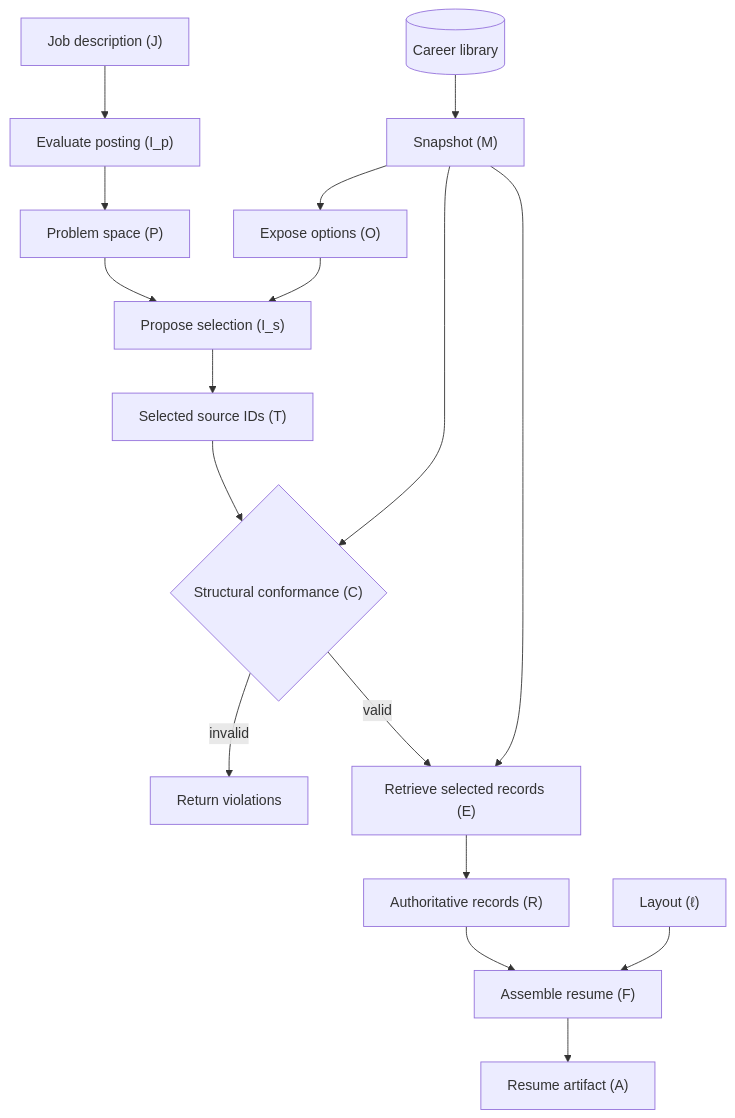
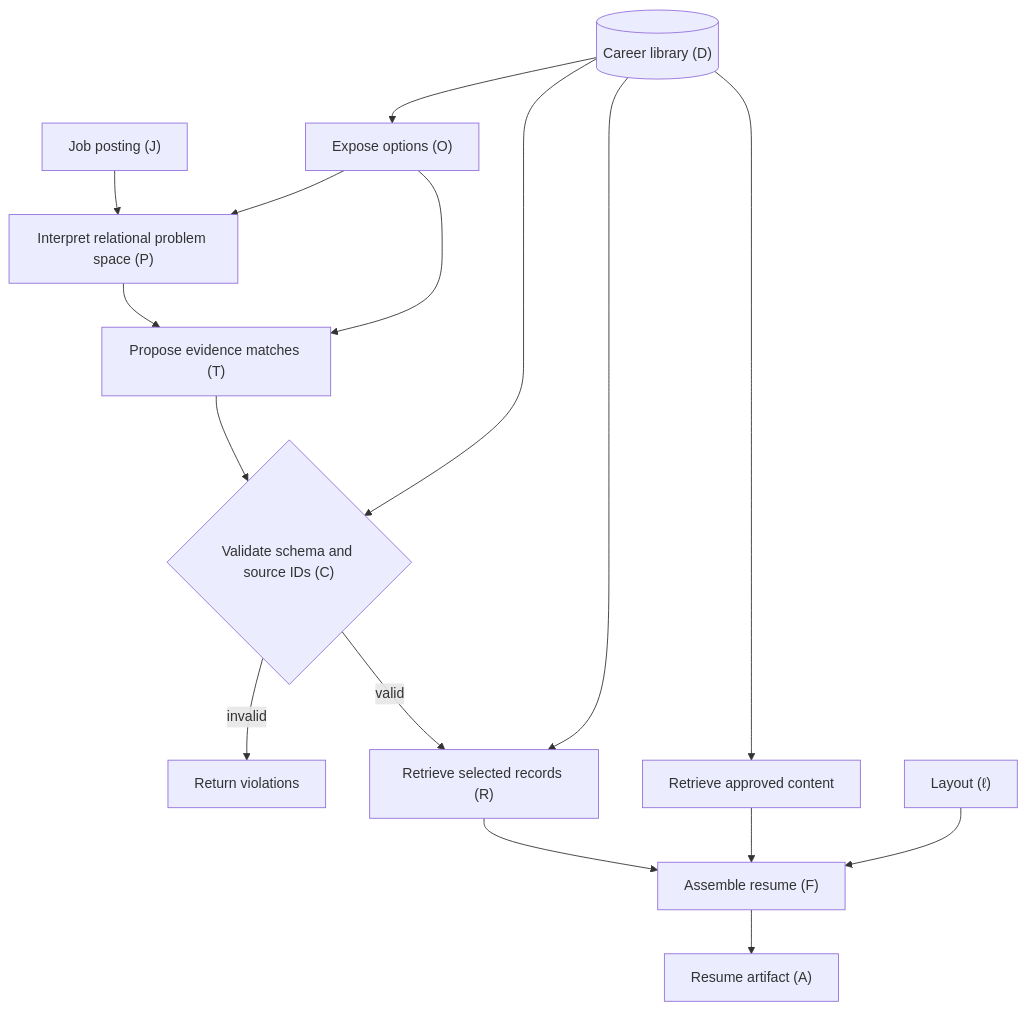
The second of 2 diagrams in harness/project_spec.md (duck-lint/career_ledger), drawn with Mermaid before and after one commit. The commit also changed other lines of this file, not shown here.

Commit message:
docs: align kernel and Mermaid with relational inference and concrete contracts

````diff
--- a/harness/project_spec.md
+++ b/harness/project_spec.md
@@ -62,19 +43,18 @@
 ```mermaid
 flowchart TD
-    J["Job description (J)"] --> Ip["Evaluate posting (I_p)"]
-    Ip --> P["Problem space (P)"]
-    D[("Career library")] --> M["Snapshot (M)"]
-    M --> O["Expose options (O)"]
-    P --> Is["Propose selection (I_s)"]
-    O --> Is
-    Is --> T["Selected source IDs (T)"]
-    T --> C{"Structural conformance (C)"}
-    M --> C
+    J["Job posting (J)"] --> P["Interpret relational problem space (P)"]
+    D[("Career library (D)")] --> O["Expose options (O)"]
+    O --> P
+    P --> T["Propose evidence matches (T)"]
+    O --> T
+    T --> C{"Validate schema and source IDs (C)"}
+    D --> C
     C -->|invalid| X["Return violations"]
-    C -->|valid| E["Retrieve selected records (E)"]
-    M --> E
-    E --> R["Authoritative records (R)"]
-    R --> F["Assemble resume (F)"]
+    C -->|valid| E["Retrieve selected records (R)"]
+    D --> E
+    E --> F["Assemble resume (F)"]
+    D --> K["Retrieve approved content"]
+    K --> F
     L["Layout (ℓ)"] --> F
     F --> A["Resume artifact (A)"]
 ```
````
